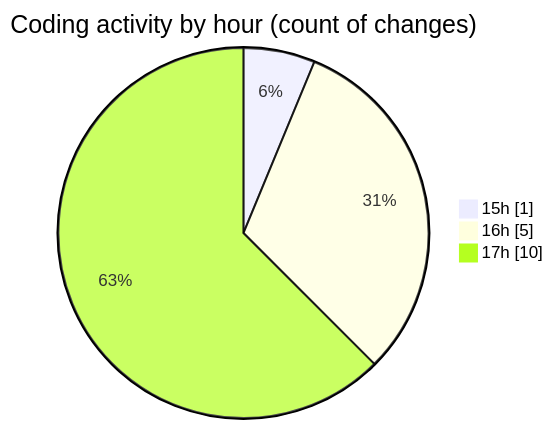
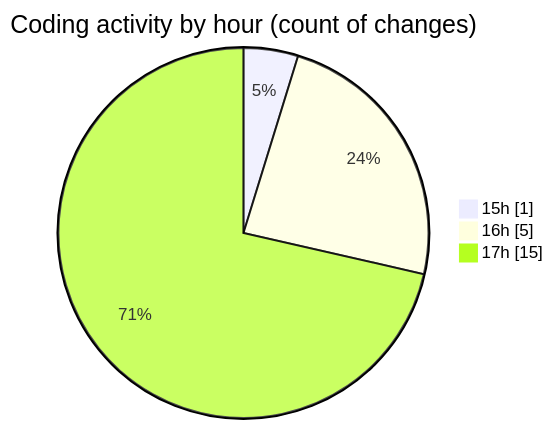
One commit to debugP/code-tracking changed the second of 2 diagrams in 2026-07-24/untitled__workspace_/README.md. Above: the diagram before and after it, drawn with Mermaid. The commit also changed other lines of this file and 1 other file, not shown here.

````diff
--- a/2026-07-24/untitled__workspace_/README.md
+++ b/2026-07-24/untitled__workspace_/README.md
@@ -31,7 +32,7 @@
 ```mermaid
 pie showData
 title Coding activity by hour (count of changes)
 "15h" : 1
 "16h" : 5
-"17h" : 10
+"17h" : 15
 ```
````
